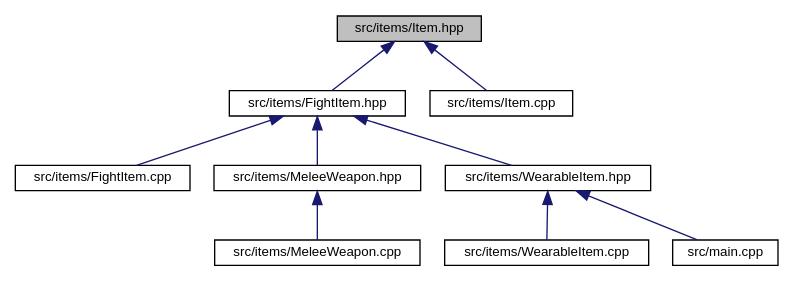
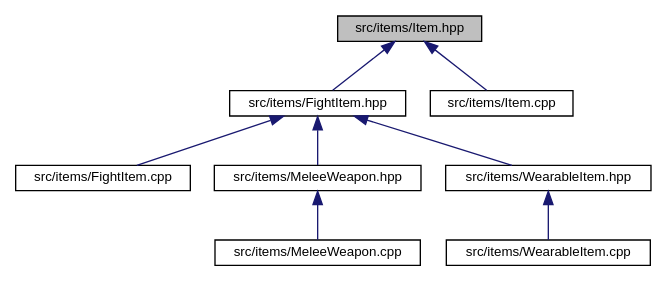
One commit to Wisteca/FilRougeDoc changed the diagram in _item_8hpp__dep__incl.dot. Above: the diagram before and after it, drawn with Graphviz. The commit also changed 287 other files, not shown here.

```diff
--- a/_item_8hpp__dep__incl.dot
+++ b/_item_8hpp__dep__incl.dot
@@ -1,23 +1,21 @@
 digraph "src/items/Item.hpp"
 {
  // LATEX_PDF_SIZE
   edge [fontname="Helvetica",fontsize="10",labelfontname="Helvetica",labelfontsize="10"];
   node [fontname="Helvetica",fontsize="10",shape=record];
   Node1 [label="src/items/Item.hpp",height=0.2,width=0.4,color="black", fillcolor="grey75", style="filled", fontcolor="black",tooltip="An item is an object an entity can own and use."];
   Node1 -> Node2 [dir="back",color="midnightblue",fontsize="10",style="solid",fontname="Helvetica"];
   Node2 [label="src/items/FightItem.hpp",height=0.2,width=0.4,color="black", fillcolor="white", style="filled",URL="$_fight_item_8hpp.html",tooltip="A FightItem is an object that has a role in combat."];
   Node2 -> Node3 [dir="back",color="midnightblue",fontsize="10",style="solid",fontname="Helvetica"];
   Node3 [label="src/items/FightItem.cpp",height=0.2,width=0.4,color="black", fillcolor="white", style="filled",URL="$_fight_item_8cpp.html",tooltip="A FightItem is an object that has a role in combat."];
   Node2 -> Node4 [dir="back",color="midnightblue",fontsize="10",style="solid",fontname="Helvetica"];
   Node4 [label="src/items/MeleeWeapon.hpp",height=0.2,width=0.4,color="black", fillcolor="white", style="filled",URL="$_melee_weapon_8hpp.html",tooltip="A Melee Weapon is used to make physical damages, for example a sword."];
   Node4 -> Node5 [dir="back",color="midnightblue",fontsize="10",style="solid",fontname="Helvetica"];
   Node5 [label="src/items/MeleeWeapon.cpp",height=0.2,width=0.4,color="black", fillcolor="white", style="filled",URL="$_melee_weapon_8cpp.html",tooltip="A Melee Weapon is used to make physical damages, for example a sword."];
   Node2 -> Node6 [dir="back",color="midnightblue",fontsize="10",style="solid",fontname="Helvetica"];
   Node6 [label="src/items/WearableItem.hpp",height=0.2,width=0.4,color="black", fillcolor="white", style="filled",URL="$_wearable_item_8hpp.html",tooltip="A WearableItem is an object that can be weared by entities, for example an armor."];
   Node6 -> Node7 [dir="back",color="midnightblue",fontsize="10",style="solid",fontname="Helvetica"];
   Node7 [label="src/items/WearableItem.cpp",height=0.2,width=0.4,color="black", fillcolor="white", style="filled",URL="$_wearable_item_8cpp_source.html",tooltip=" "];
-  Node6 -> Node8 [dir="back",color="midnightblue",fontsize="10",style="solid",fontname="Helvetica"];
-  Node8 [label="src/main.cpp",height=0.2,width=0.4,color="black", fillcolor="white", style="filled",URL="$main_8cpp_source.html",tooltip=" "];
-  Node1 -> Node9 [dir="back",color="midnightblue",fontsize="10",style="solid",fontname="Helvetica"];
-  Node9 [label="src/items/Item.cpp",height=0.2,width=0.4,color="black", fillcolor="white", style="filled",URL="$_item_8cpp_source.html",tooltip=" "];
+  Node1 -> Node8 [dir="back",color="midnightblue",fontsize="10",style="solid",fontname="Helvetica"];
+  Node8 [label="src/items/Item.cpp",height=0.2,width=0.4,color="black", fillcolor="white", style="filled",URL="$_item_8cpp_source.html",tooltip=" "];
 }
```
